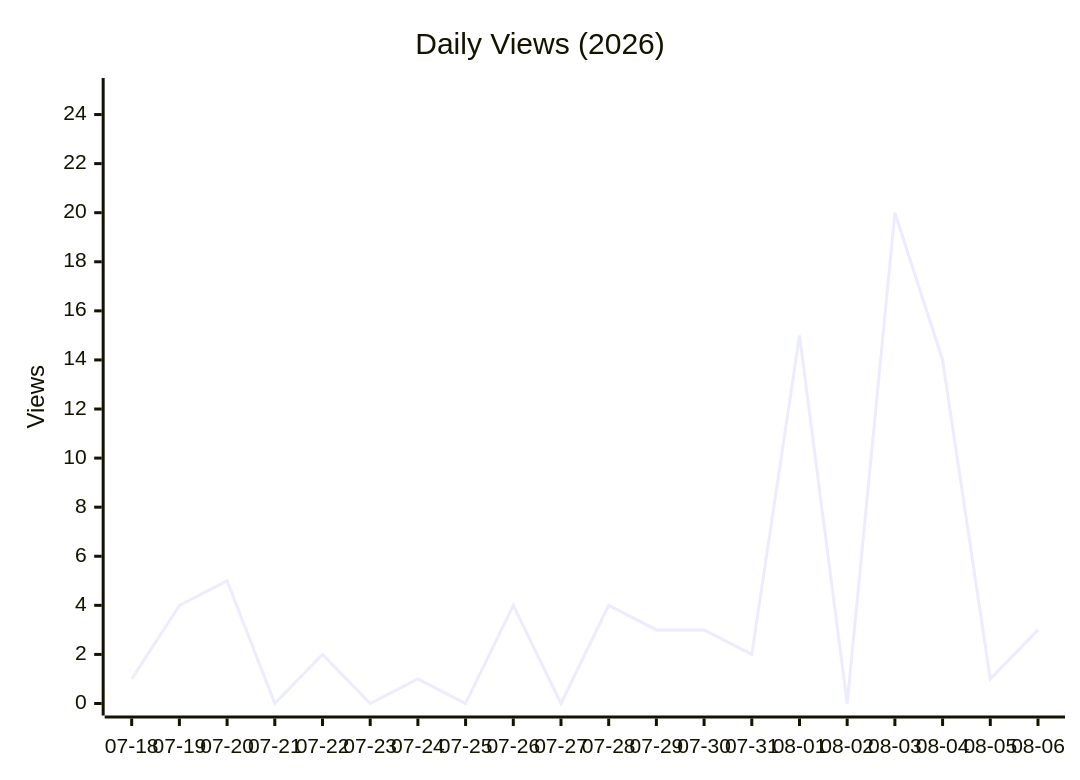
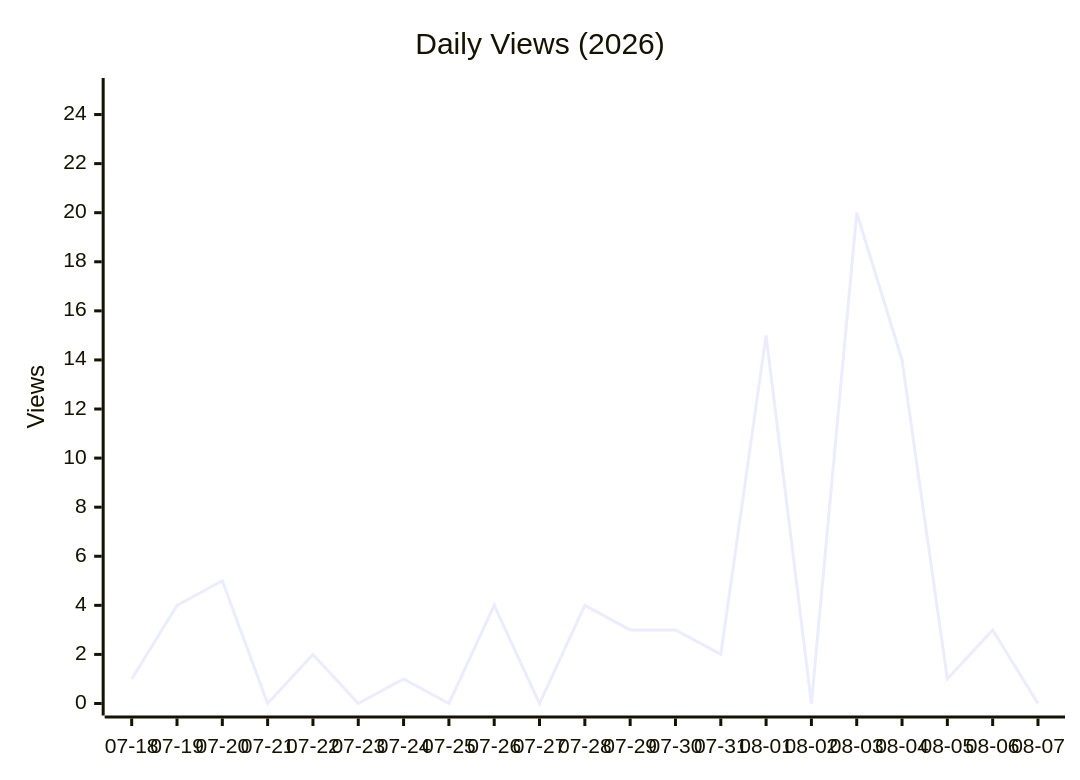
The third of 4 diagrams in data/TRAFFIC_REPORT.md (Architect-HA/Humai-Accord), drawn with Mermaid before and after one commit. The commit also changed other lines of this file and 1 other file, not shown here.

````diff
--- a/data/TRAFFIC_REPORT.md
+++ b/data/TRAFFIC_REPORT.md
@@ -32,7 +32,7 @@
 ```mermaid
 xychart-beta
     title "Daily Views (2026)"
-    x-axis ["07-18", "07-19", "07-20", "07-21", "07-22", "07-23", "07-24", "07-25", "07-26", "07-27", "07-28", "07-29", "07-30", "07-31", "08-01", "08-02", "08-03", "08-04", "08-05", "08-06"]
+    x-axis ["07-18", "07-19", "07-20", "07-21", "07-22", "07-23", "07-24", "07-25", "07-26", "07-27", "07-28", "07-29", "07-30", "07-31", "08-01", "08-02", "08-03", "08-04", "08-05", "08-06", "08-07"]
     y-axis "Views" 0 --> 25
-    line [1, 4, 5, 0, 2, 0, 1, 0, 4, 0, 4, 3, 3, 2, 15, 0, 20, 14, 1, 3]
+    line [1, 4, 5, 0, 2, 0, 1, 0, 4, 0, 4, 3, 3, 2, 15, 0, 20, 14, 1, 3, 0]
 ```
````
